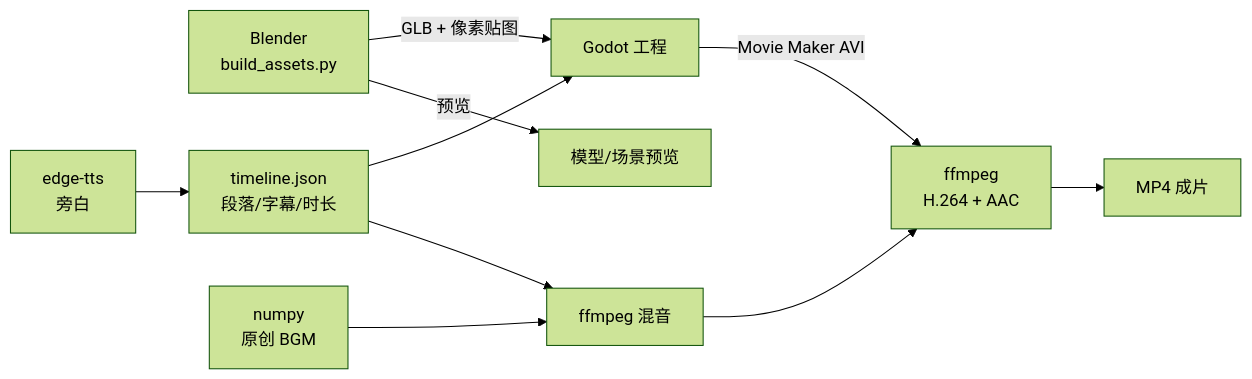
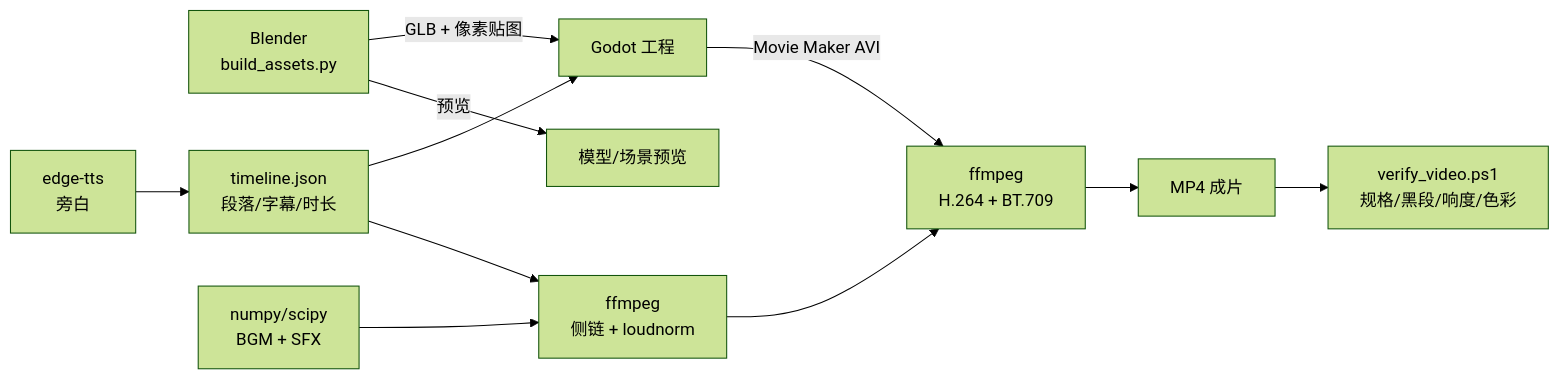
The diagram in README.md (sctale/video_via_blender_godot), drawn with Mermaid (forest theme) before and after one commit. The commit also changed other lines of this file and 17 other files, not shown here.

````diff
--- a/README.md
+++ b/README.md
@@ -49,12 +51,13 @@
 ```mermaid
 flowchart LR
   A[Blender<br/>build_assets.py] -->|GLB + 像素贴图| B[Godot 工程]
   A -->|预览| P[模型/场景预览]
   C[edge-tts<br/>旁白] --> D[timeline.json<br/>段落/字幕/时长]
   D --> B
-  E[numpy<br/>原创 BGM] --> F[ffmpeg 混音]
+  E[numpy/scipy<br/>BGM + SFX] --> F[ffmpeg<br/>侧链 + loudnorm]
   D --> F
-  B -->|Movie Maker AVI| G[ffmpeg<br/>H.264 + AAC]
+  B -->|Movie Maker AVI| G[ffmpeg<br/>H.264 + BT.709]
   F --> G
   G --> H[MP4 成片]
+  H --> V[verify_video.ps1<br/>规格/黑段/响度/色彩]
 ```
````
